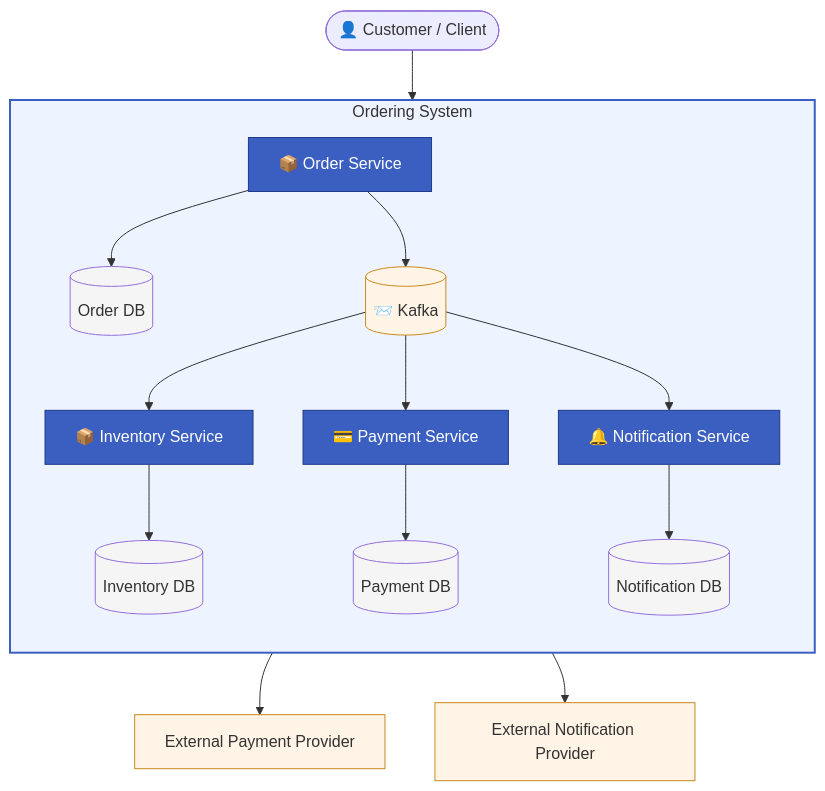
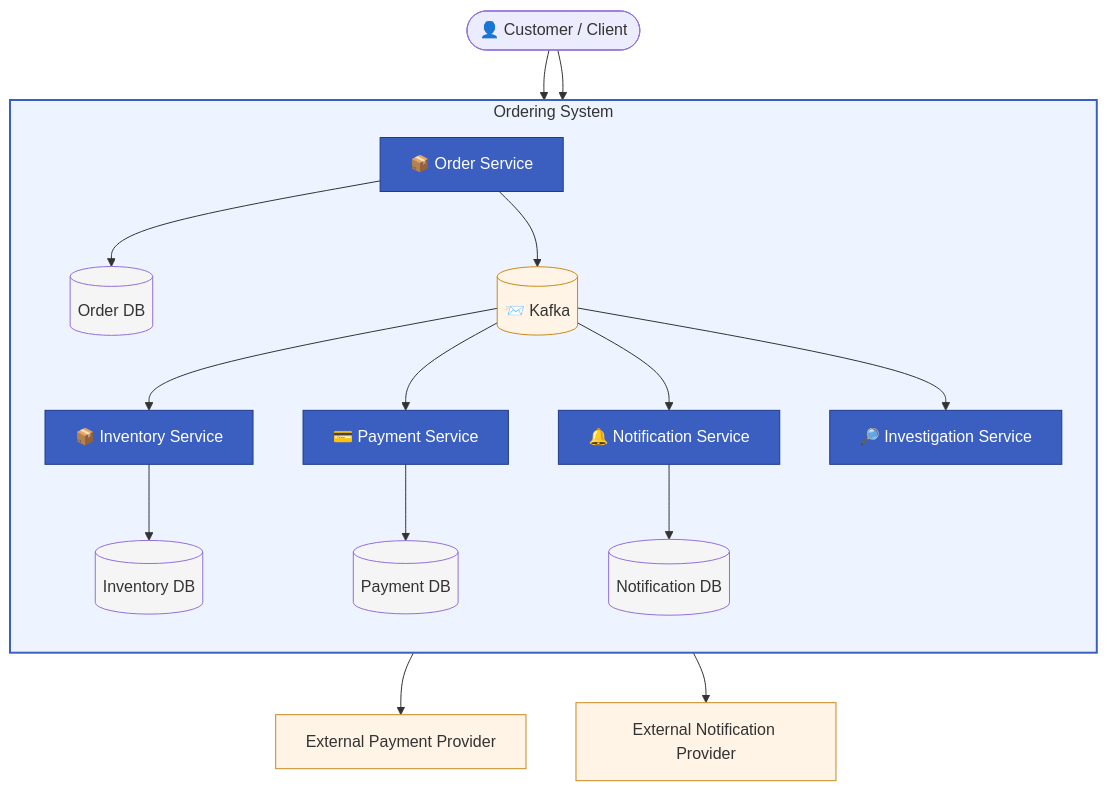
The diagram in README.md (jusuftopic/microservices-order-system), drawn with Mermaid before and after one commit. The commit also changed other lines of this file and 13 other files, not shown here.

````diff
--- a/README.md
+++ b/README.md
@@ -57,56 +57,60 @@
 ```mermaid
 flowchart TB
     Client(["👤 Customer / Client"])
 
     subgraph System["Ordering System"]
         direction TB
 
         OrderService["📦 Order Service"]
 
         Kafka[("📨 Kafka")]
 
         InventoryService["📦 Inventory Service"]
         PaymentService["💳 Payment Service"]
         NotificationService["🔔 Notification Service"]
+        InvestigationService["🔎 Investigation Service"]
 
         OrderDb[("Order DB")]
         InventoryDb[("Inventory DB")]
         PaymentDb[("Payment DB")]
         NotificationDb[("Notification DB")]
 
         OrderService --> OrderDb
         InventoryService --> InventoryDb
         PaymentService --> PaymentDb
         NotificationService --> NotificationDb
 
         OrderService --> Kafka
         Kafka --> InventoryService
         Kafka --> PaymentService
         Kafka --> NotificationService
+        Kafka --> InvestigationService
     end
 
     PaymentProvider["External Payment Provider"]
     NotificationProvider["External Notification Provider"]
 
     Client --> OrderService
+    Client --> InvestigationService
 
     PaymentService --> PaymentProvider
     NotificationService --> NotificationProvider
 
     style System fill:#eef4ff,stroke:#3b5fc0,stroke-width:2px
 
     style OrderService fill:#3b5fc0,stroke:#1f3a8a,color:#fff
     style InventoryService fill:#3b5fc0,stroke:#1f3a8a,color:#fff
     style PaymentService fill:#3b5fc0,stroke:#1f3a8a,color:#fff
     style NotificationService fill:#3b5fc0,stroke:#1f3a8a,color:#fff
+    style InvestigationService fill:#3b5fc0,stroke:#1f3a8a,color:#fff
 
     style Kafka fill:#fff4e5,stroke:#c98a1c
 
     style OrderDb fill:#f5f5f5
     style InventoryDb fill:#f5f5f5
     style PaymentDb fill:#f5f5f5
     style NotificationDb fill:#f5f5f5
 
     style PaymentProvider fill:#fff4e5,stroke:#c98a1c
     style NotificationProvider fill:#fff4e5,stroke:#c98a1c
 ```
````
